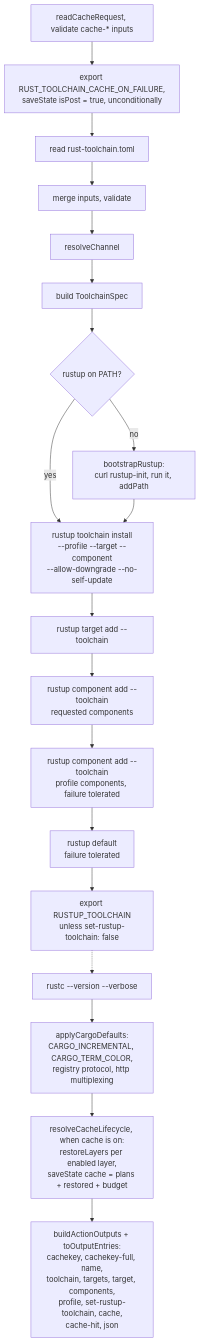
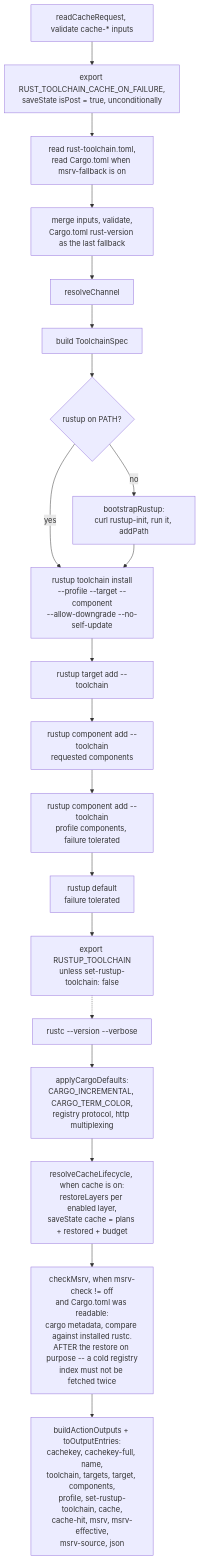
Before and after one commit to elioseverojunior/rust-toolchain: the fourth of 8 diagrams in docs/content/ARCHITECTURE.md, drawn with Mermaid. The commit also changed other lines of this file and 9 other files, not shown here.

First line of the commit message:
fix(config): run the MSRV check after cache restore and skip it silently without a manifest

````diff
--- a/docs/content/ARCHITECTURE.md
+++ b/docs/content/ARCHITECTURE.md
@@ -305,21 +305,22 @@
 ```mermaid
 flowchart TD
     Z[readCacheRequest, validate cache-* inputs] --> Y[export RUST_TOOLCHAIN_CACHE_ON_FAILURE,<br/>saveState isPost = true, unconditionally]
-    Y --> A[read rust-toolchain.toml]
-    A --> B[merge inputs, validate]
+    Y --> A[read rust-toolchain.toml,<br/>read Cargo.toml when msrv-fallback is on]
+    A --> B[merge inputs, validate,<br/>Cargo.toml rust-version as the last fallback]
     B --> C[resolveChannel]
     C --> D[build ToolchainSpec]
     D --> E{rustup on PATH?}
     E -->|no| F[bootstrapRustup:<br/>curl rustup-init, run it, addPath]
     E -->|yes| G
     F --> G[rustup toolchain install<br/>--profile --target --component<br/>--allow-downgrade --no-self-update]
     G --> H[rustup target add --toolchain]
     H --> I[rustup component add --toolchain<br/>requested components]
     I --> P[rustup component add --toolchain<br/>profile components, failure tolerated]
     P --> J[rustup default<br/>failure tolerated]
     J --> K[export RUSTUP_TOOLCHAIN<br/>unless set-rustup-toolchain: false]
     K -.-> L[rustc --version --verbose]
     L --> M[applyCargoDefaults:<br/>CARGO_INCREMENTAL, CARGO_TERM_COLOR,<br/>registry protocol, http multiplexing]
     M --> Q[resolveCacheLifecycle, when cache is on:<br/>restoreLayers per enabled layer,<br/>saveState cache = plans + restored + budget]
-    Q --> N[buildActionOutputs + toOutputEntries:<br/>cachekey, cachekey-full, name,<br/>toolchain, targets, target, components,<br/>profile, set-rustup-toolchain, cache,<br/>cache-hit, json]
+    Q --> R[checkMsrv, when msrv-check != off<br/>and Cargo.toml was readable:<br/>cargo metadata, compare against installed rustc.<br/>AFTER the restore on purpose -- a cold registry<br/>index must not be fetched twice]
+    R --> N[buildActionOutputs + toOutputEntries:<br/>cachekey, cachekey-full, name,<br/>toolchain, targets, target, components,<br/>profile, set-rustup-toolchain, cache,<br/>cache-hit, msrv, msrv-effective,<br/>msrv-source, json]
 ```
````
